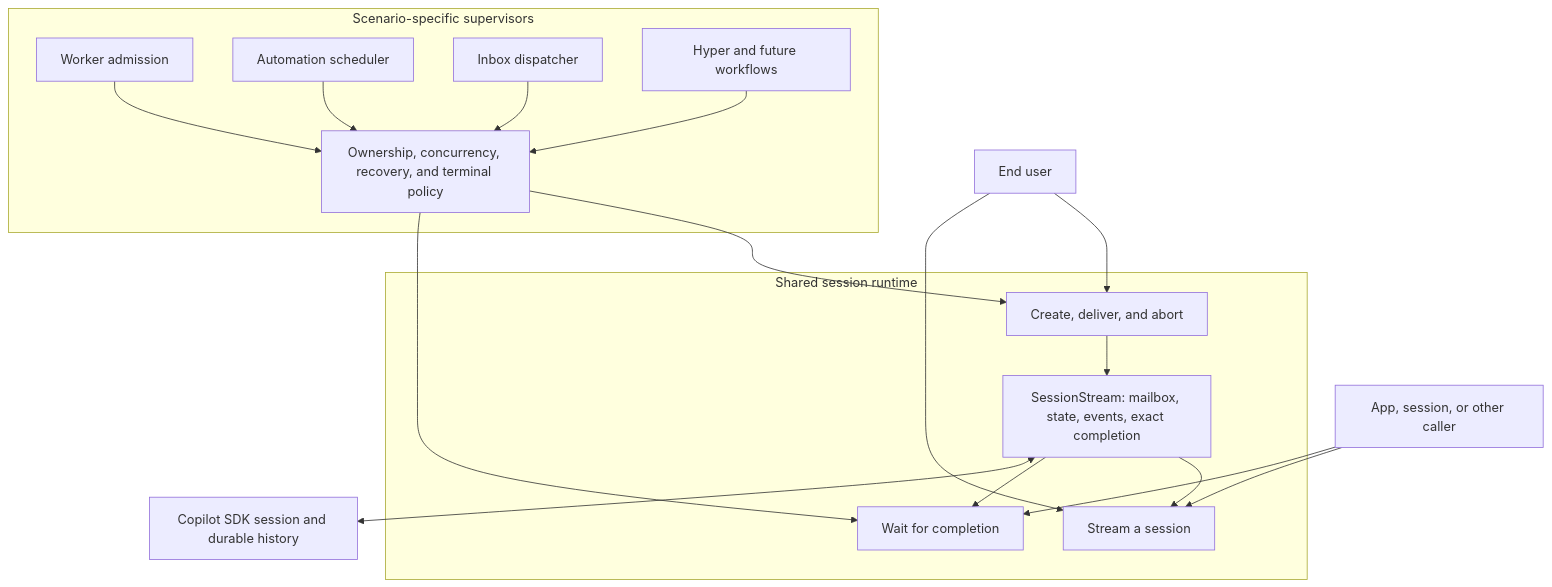
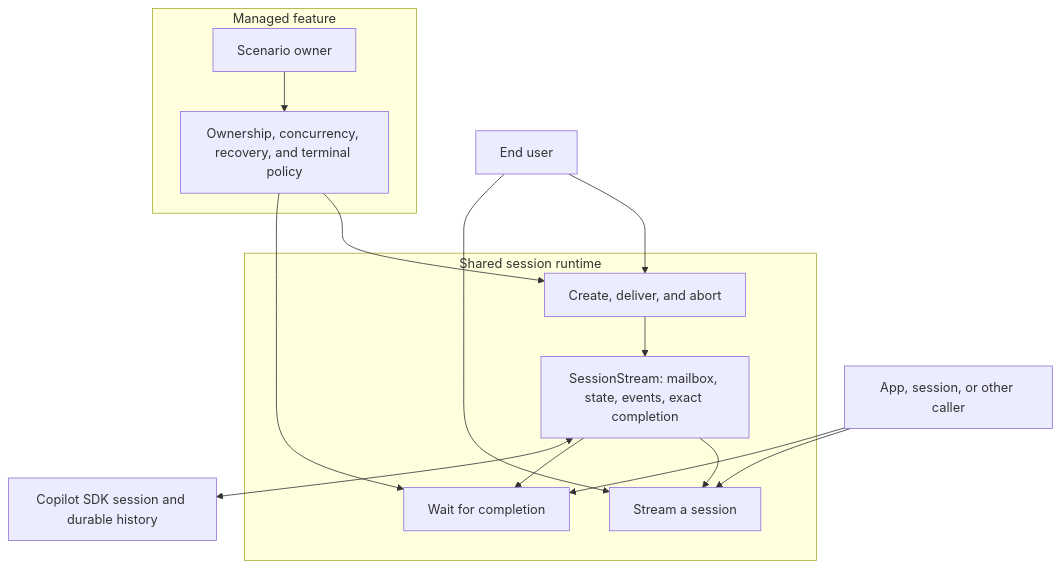
The diagram in src/features/sessions/server/runtime/AGENTS.md (lostintangent/toy-box), drawn with Mermaid before and after one commit. The commit also changed other lines of this file and 300 other files, not shown here.

````diff
--- a/src/features/sessions/server/runtime/AGENTS.md
+++ b/src/features/sessions/server/runtime/AGENTS.md
@@ -7,34 +7,28 @@
 ```mermaid
 flowchart TB
     User[End user] --> Operations
     User --> Streaming
     Caller[App, session, or other caller] --> Streaming
     Caller --> Waiting
 
-    subgraph Supervisors[Scenario-specific supervisors]
-        Worker[Worker admission]
-        Automation[Automation scheduler]
-        Inbox[Inbox dispatcher]
-        Managed[Hyper and future workflows]
+    subgraph Supervisors[Managed feature]
+        Owner[Scenario owner]
         Policy[Ownership, concurrency, recovery, and terminal policy]
-        Worker --> Policy
-        Automation --> Policy
-        Inbox --> Policy
-        Managed --> Policy
+        Owner --> Policy
     end
 
     Policy --> Operations
     Policy --> Waiting
 
     subgraph Runtime[Shared session runtime]
         Operations[Create, deliver, and abort]
         Streaming[Stream a session]
         Waiting[Wait for completion]
         Process[SessionStream: mailbox, state, events, exact completion]
         Operations --> Process
         Process --> Streaming
         Process --> Waiting
     end
 
     Process <--> SDK[Copilot SDK session and durable history]
 ```
````
